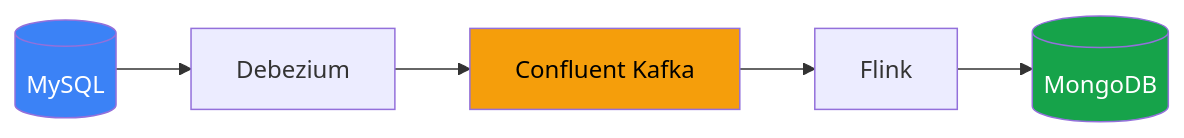
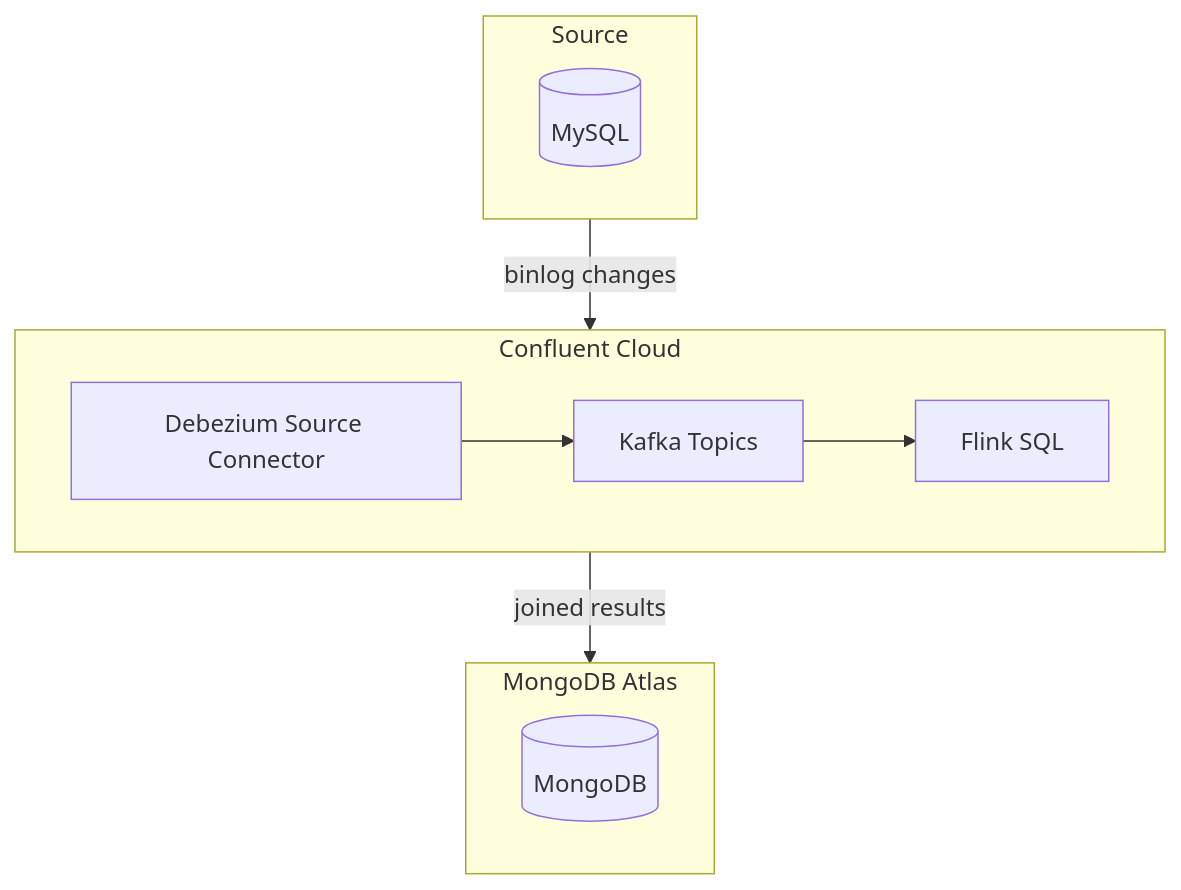
One commit to kimduksoo/duksoo-tech-blog changed the first of 3 diagrams in content/backend/confluent-kafka-cdc-flink.md. Above: the diagram before and after it, drawn with Mermaid. The commit also changed other lines of this file and 1 other file, not shown here.

Commit message:
update: Mermaid 다이어그램 진지한 스타일로 변경, Lakehouse flow 이미지 추가

````diff
--- a/content/backend/confluent-kafka-cdc-flink.md
+++ b/content/backend/confluent-kafka-cdc-flink.md
@@ -20,11 +16,22 @@
 ```mermaid
-flowchart LR
-    MySQL[(MySQL)] --> Debezium
-    Debezium --> Kafka[Confluent Kafka]
-    Kafka --> Flink
-    Flink --> MongoDB[(MongoDB)]
+flowchart TB
+    subgraph Source
+        MySQL[(MySQL)]
+    end
 
-    style MySQL fill:#3b82f6,color:#fff
-    style Kafka fill:#f59e0b,color:#000
-    style MongoDB fill:#16a34a,color:#fff
+    Source -->|binlog changes| CDC
+
+    subgraph CDC["Confluent Cloud"]
+        Debezium[Debezium Source Connector]
+        Kafka[Kafka Topics]
+        Flink[Flink SQL]
+        Debezium --> Kafka
+        Kafka --> Flink
+    end
+
+    CDC -->|joined results| Sink
+
+    subgraph Sink["MongoDB Atlas"]
+        MongoDB[(MongoDB)]
+    end
 ```
````
